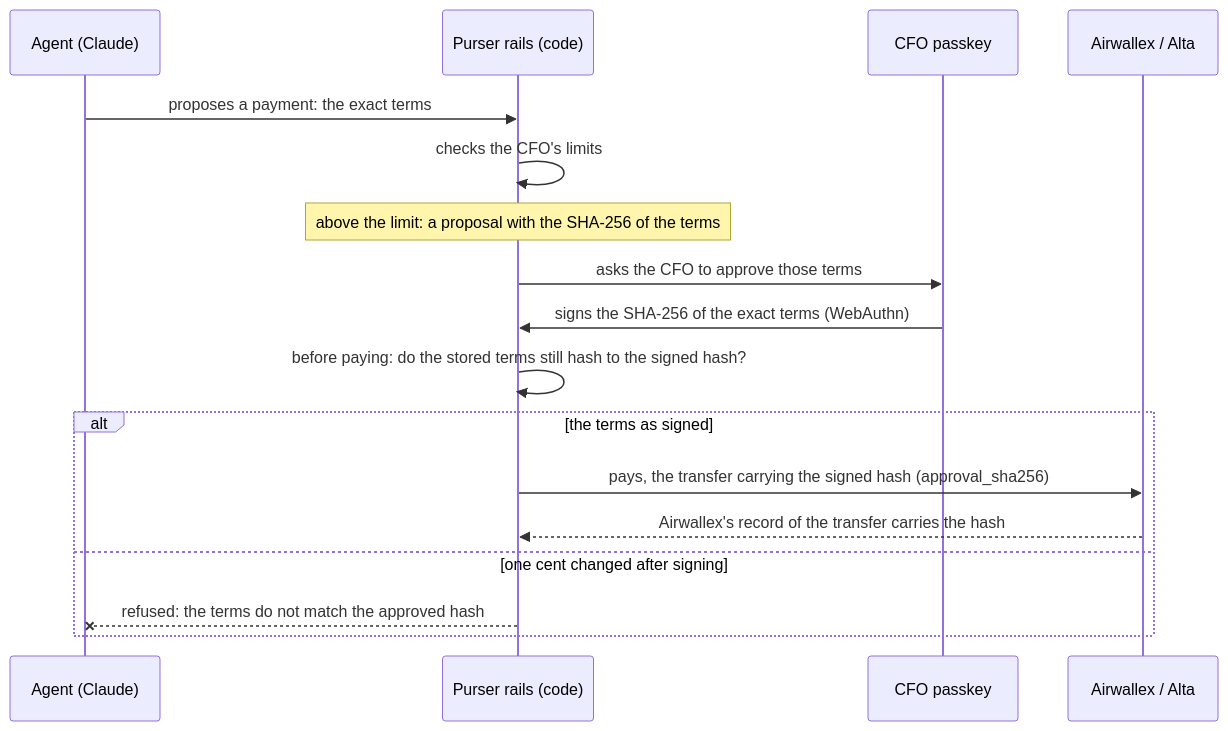
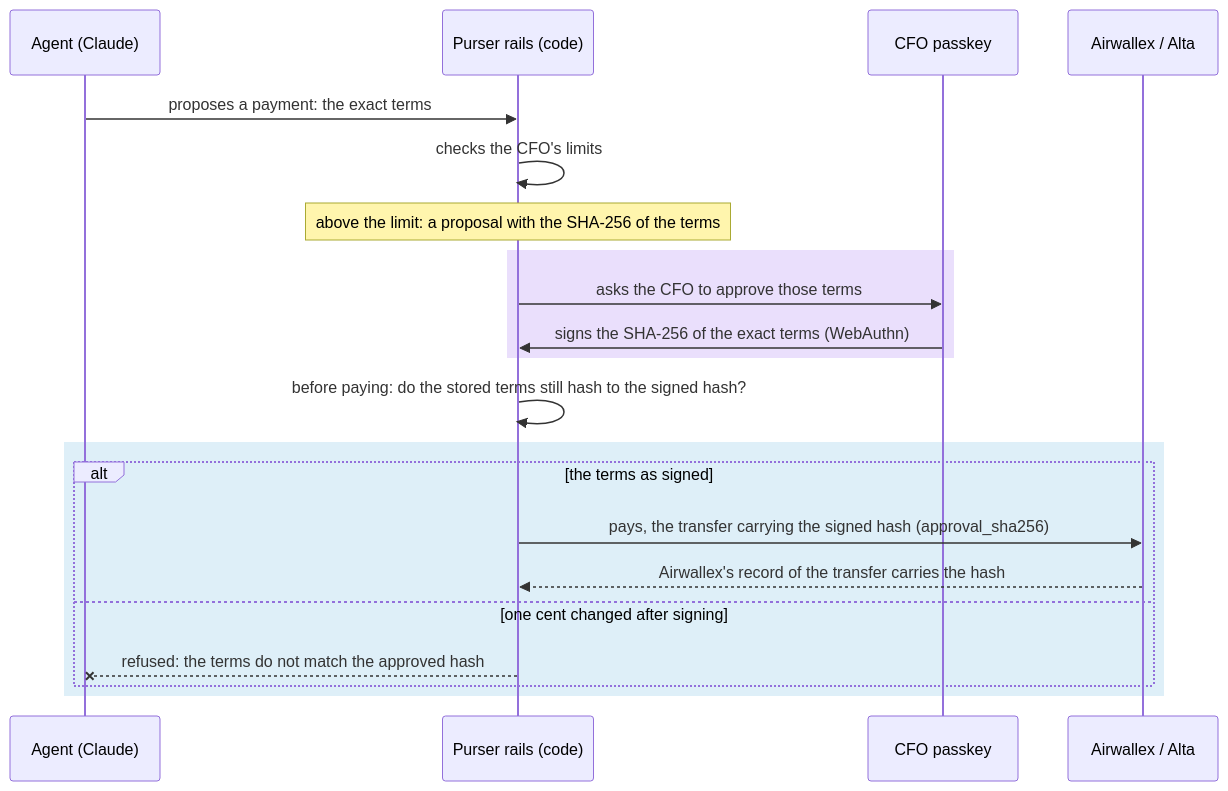
Before and after one commit to agamemnon-coder/x402-business-agents: the second of 2 diagrams in README.md, drawn with Mermaid. The commit also changed other lines of this file and 8 other files, not shown here.

First line of the commit message:
README and SECURITY.md in colour: badges by meaning, palette Mermaid, the money path animated

````diff
--- a/README.md
+++ b/README.md
@@ -117,19 +124,23 @@
 ```mermaid
 sequenceDiagram
   participant A as Agent (Claude)
   participant P as Purser rails (code)
   participant C as CFO passkey
   participant X as Airwallex / Alta
   A->>P: proposes a payment: the exact terms
   P->>P: checks the CFO's limits
   Note over P: above the limit: a proposal with the SHA-256 of the terms
+  rect rgba(124,58,237,0.16)
   P->>C: asks the CFO to approve those terms
   C->>P: signs the SHA-256 of the exact terms (WebAuthn)
+  end
   P->>P: before paying: do the stored terms still hash to the signed hash?
+  rect rgba(2,132,199,0.13)
   alt the terms as signed
     P->>X: pays, the transfer carrying the signed hash (approval_sha256)
     X-->>P: Airwallex's record of the transfer carries the hash
   else one cent changed after signing
     P--xA: refused: the terms do not match the approved hash
   end
+  end
 ```
````
